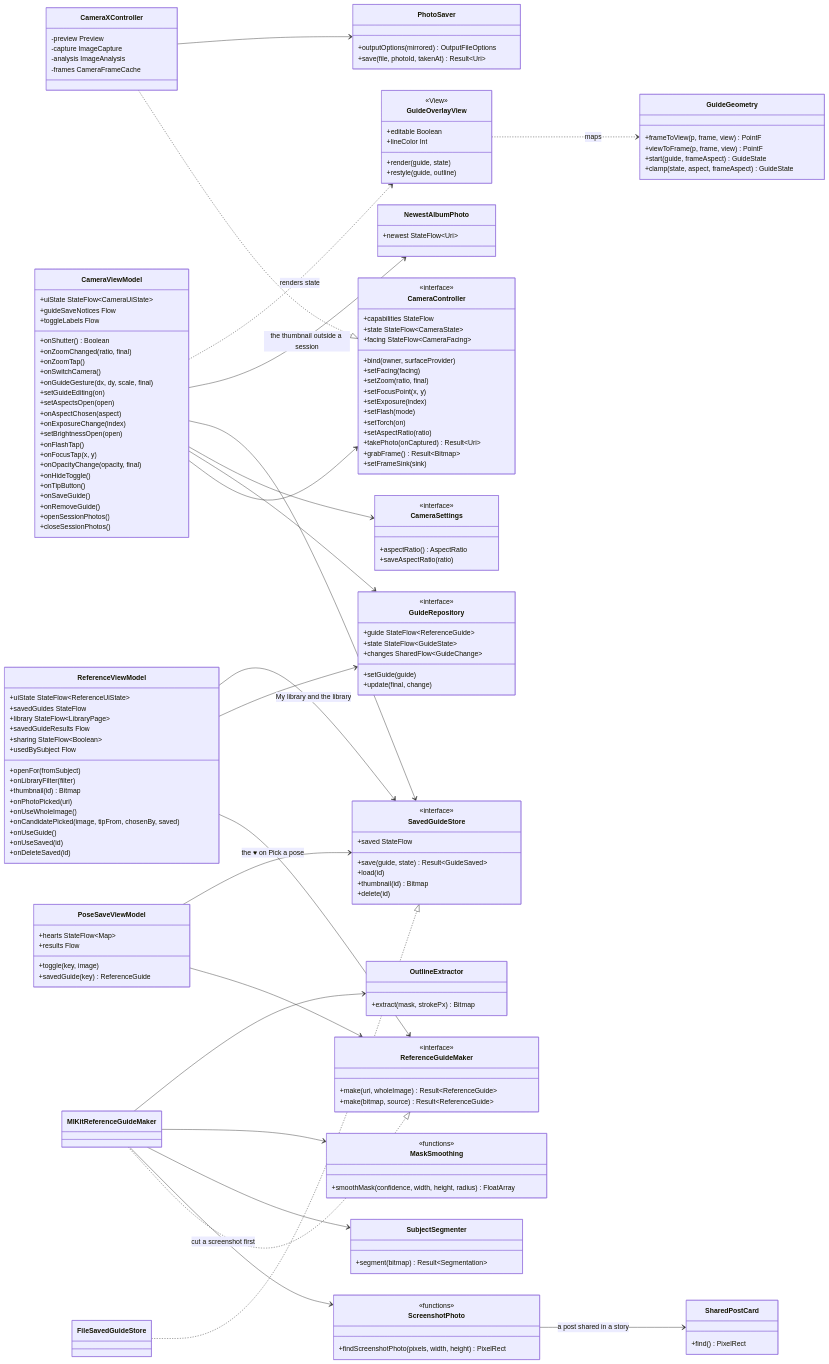
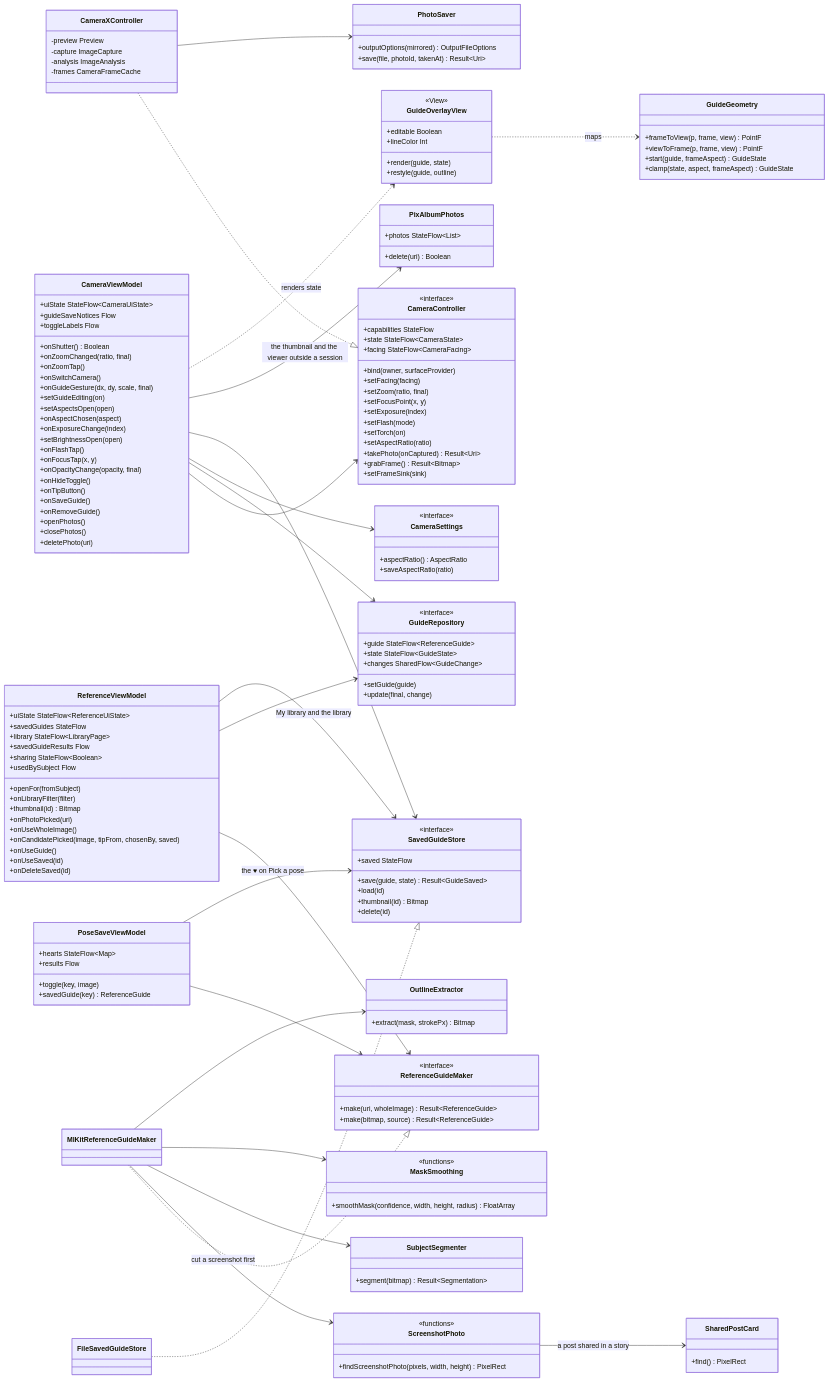
Before and after one commit to snuhcs-course/swpp-2026-project-team-10: the sixth of 14 diagrams in wiki/Design-Documentation.md, drawn with Mermaid. The commit also changed other lines of this file and 44 other files, not shown here.

Commit message:
feat: open Pix's album in Pix's viewer, with a strip, zoom, Share, and Delete (#248)

```diff
--- a/wiki/Design-Documentation.md
+++ b/wiki/Design-Documentation.md
@@ -620,8 +621,9 @@
     +onTipButton()
     +onSaveGuide()
     +onRemoveGuide()
-    +openSessionPhotos()
-    +closeSessionPhotos()
+    +openPhotos()
+    +closePhotos()
+    +deletePhoto(uri)
   }
   class ReferenceViewModel {
     +uiState StateFlow~ReferenceUiState~
@@ -673,8 +675,9 @@
     +outputOptions(mirrored) OutputFileOptions
     +save(file, photoId, takenAt) Result~Uri~
   }
-  class NewestAlbumPhoto {
-    +newest StateFlow~Uri~
+  class PixAlbumPhotos {
+    +photos StateFlow~List~
+    +delete(uri) Boolean
   }
   class CameraSettings {
     <<interface>>
@@ -740,7 +743,7 @@
   CameraViewModel --> SavedGuideStore
   CameraXController ..|> CameraController
   CameraXController --> PhotoSaver
-  CameraViewModel --> NewestAlbumPhoto : the thumbnail outside a session
+  CameraViewModel --> PixAlbumPhotos : the thumbnail and the viewer outside a session
   MlKitReferenceGuideMaker ..|> ReferenceGuideMaker
   MlKitReferenceGuideMaker --> ScreenshotPhoto : cut a screenshot first
   ScreenshotPhoto --> SharedPostCard : a post shared in a story
```
